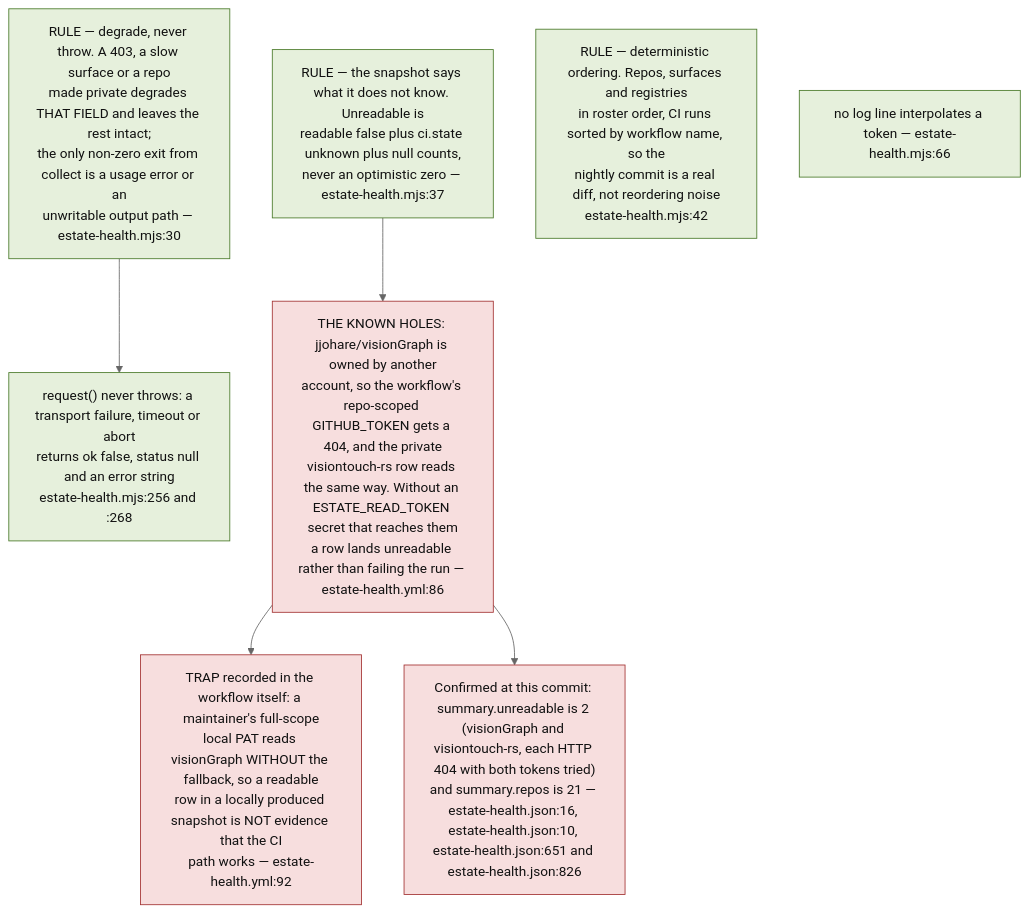
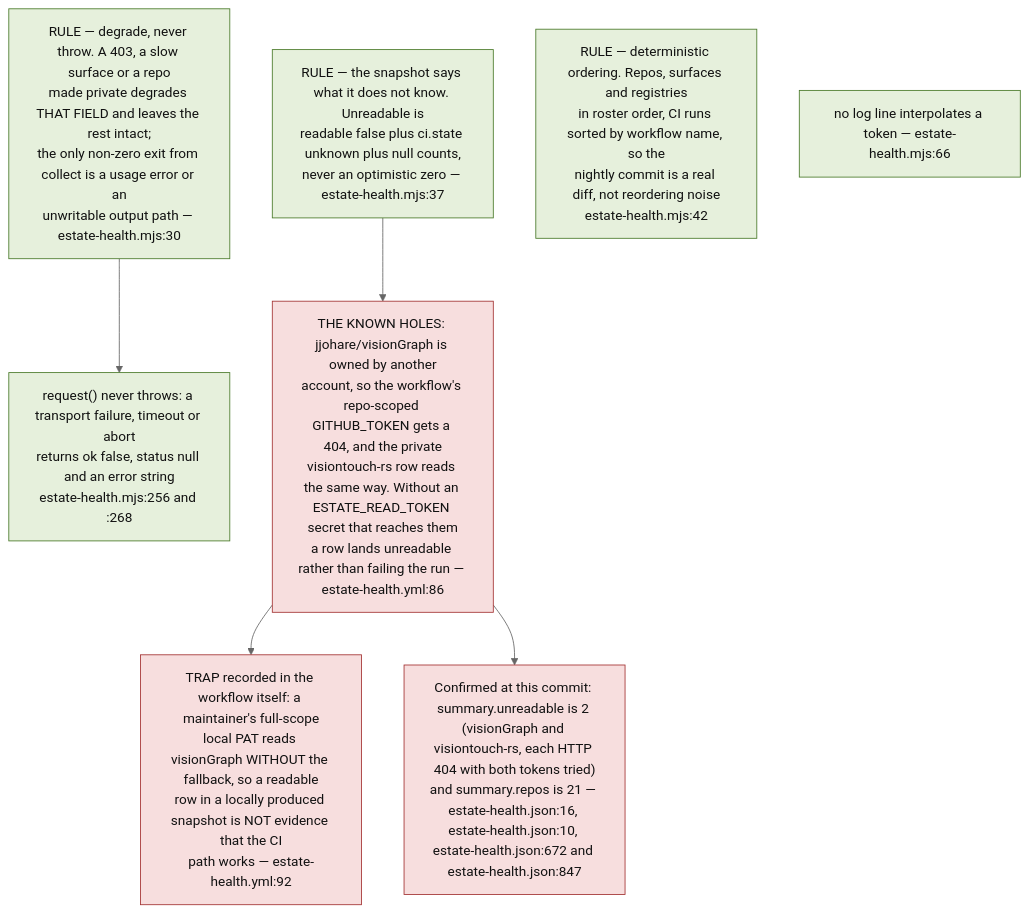
Before and after one commit to DreamLab-AI/VisionFlow: the fifth of 9 diagrams in docs/diagrams/visionflow/03-estate-health.md, drawn with Mermaid (neutral theme). The commit also changed other lines of this file and 7 other files, not shown here.

````diff
--- a/docs/diagrams/visionflow/03-estate-health.md
+++ b/docs/diagrams/visionflow/03-estate-health.md
@@ -175,20 +175,20 @@
 ```mermaid
 flowchart TB
     classDef rule fill:#e6f0dc,stroke:#4a7a2a,color:#111
     classDef bad fill:#f7dede,stroke:#a33333,color:#111
 
     R1["RULE — degrade, never throw. A 403, a slow surface or a repo<br/>made private degrades THAT FIELD and leaves the rest intact;<br/>the only non-zero exit from collect is a usage error or an<br/>unwritable output path — estate-health.mjs:30"]:::rule
     R2["RULE — the snapshot says what it does not know. Unreadable is<br/>readable false plus ci.state unknown plus null counts,<br/>never an optimistic zero — estate-health.mjs:37"]:::rule
     R3["RULE — deterministic ordering. Repos, surfaces and registries<br/>in roster order, CI runs sorted by workflow name, so the<br/>nightly commit is a real diff, not reordering noise<br/>estate-health.mjs:42"]:::rule
 
     MECH["request() never throws: a transport failure, timeout or abort<br/>returns ok false, status null and an error string<br/>estate-health.mjs:256 and :268"]:::rule
     R1 --> MECH
     NOTOK["no log line interpolates a token — estate-health.mjs:66"]:::rule
 
     HOLE["THE KNOWN HOLES: jjohare/visionGraph is owned by another<br/>account, so the workflow's repo-scoped GITHUB_TOKEN gets a 404, and the private<br/>visiontouch-rs row reads the same way. Without an ESTATE_READ_TOKEN secret that reaches them<br/>a row lands unreadable rather than failing the run — estate-health.yml:86"]:::bad
     R2 --> HOLE
     TRAP["TRAP recorded in the workflow itself: a maintainer's full-scope<br/>local PAT reads visionGraph WITHOUT the fallback, so a readable<br/>row in a locally produced snapshot is NOT evidence that the CI<br/>path works — estate-health.yml:92"]:::bad
     HOLE --> TRAP
-    LIVE["Confirmed at this commit: summary.unreadable is 2 (visionGraph and visiontouch-rs, each HTTP 404 with both tokens tried)<br/>and summary.repos is 21 — estate-health.json:16, estate-health.json:10, estate-health.json:651 and estate-health.json:826"]:::bad
+    LIVE["Confirmed at this commit: summary.unreadable is 2 (visionGraph and visiontouch-rs, each HTTP 404 with both tokens tried)<br/>and summary.repos is 21 — estate-health.json:16, estate-health.json:10, estate-health.json:672 and estate-health.json:847"]:::bad
     HOLE --> LIVE
 ```
````
